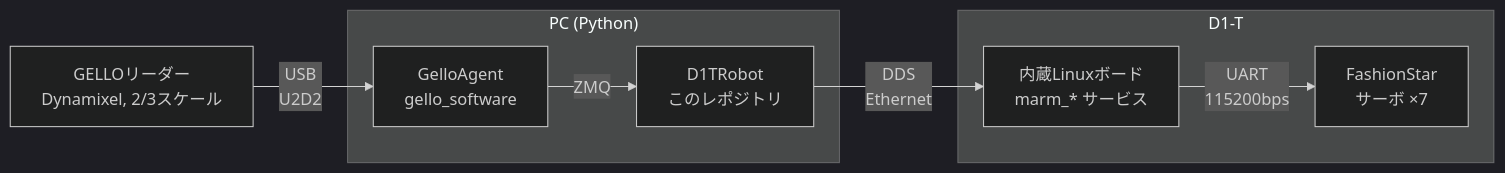
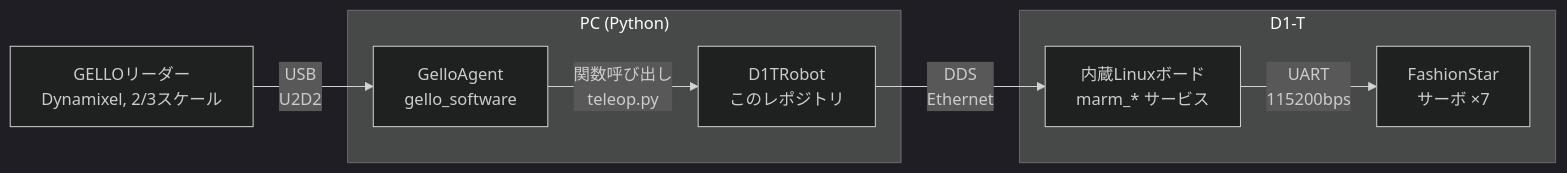
Before and after one commit to Robot-Learning-Group/d1t-teleop: the first of 2 diagrams in README.md, drawn with Mermaid (dark theme).

Commit message:
Fix the GelloAgent -> D1TRobot link in the README diagram (no ZMQ)

````diff
--- a/README.md
+++ b/README.md
@@ -54,17 +54,17 @@
 ```mermaid
 flowchart LR
     L["GELLOリーダー<br/>Dynamixel, 2/3スケール"]
     subgraph PC["PC (Python)"]
         A["GelloAgent<br/>gello_software"]
         R["D1TRobot<br/>このレポジトリ"]
     end
     subgraph D1["D1-T"]
         D["内蔵Linuxボード<br/>marm_* サービス"]
         S["FashionStar<br/>サーボ ×7"]
     end
 
     L -- "USB<br/>U2D2" --> A
-    A -- "ZMQ" --> R
+    A -- "関数呼び出し<br/>teleop.py" --> R
     R -- "DDS<br/>Ethernet" --> D
     D -- "UART<br/>115200bps" --> S
 ```
````
